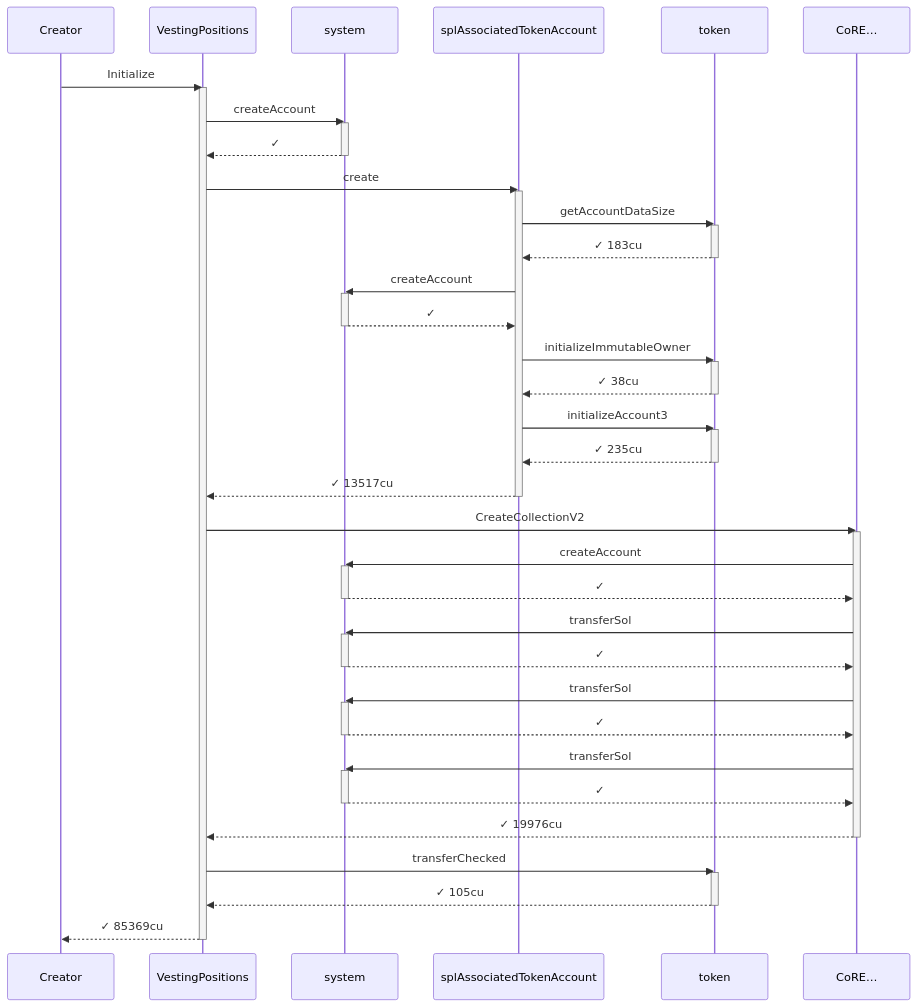
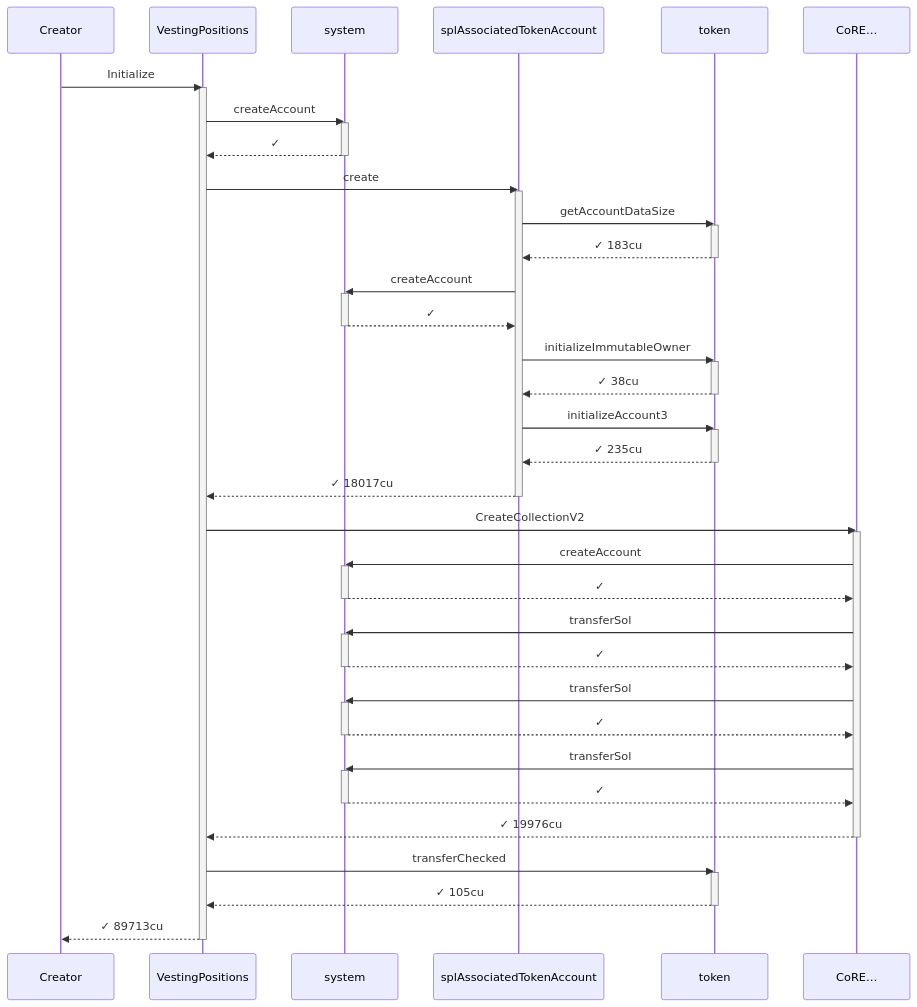
One commit to cds-turbin3/vesting-position changed the first of 2 diagrams in babelfish-tests/test-report/compute_units_profile.md. Above: the diagram before and after it, drawn with Mermaid. The commit also changed other lines of this file and 106 other files, not shown here.

````diff
--- a/babelfish-tests/test-report/compute_units_profile.md
+++ b/babelfish-tests/test-report/compute_units_profile.md
@@ -16,61 +16,61 @@
 ```mermaid
 sequenceDiagram
     participant p0 as Creator
     participant p1 as VestingPositions
     participant p2 as system
     participant p3 as splAssociatedTokenAccount
     participant p4 as token
     participant p5 as CoRE…
     p0->>p1: Initialize
     activate p1
     p1->>p2: createAccount
     activate p2
     p2-->>p1: ✓
     deactivate p2
     p1->>p3: create
     activate p3
     p3->>p4: getAccountDataSize
     activate p4
     p4-->>p3: ✓ 183cu
     deactivate p4
     p3->>p2: createAccount
     activate p2
     p2-->>p3: ✓
     deactivate p2
     p3->>p4: initializeImmutableOwner
     activate p4
     p4-->>p3: ✓ 38cu
     deactivate p4
     p3->>p4: initializeAccount3
     activate p4
     p4-->>p3: ✓ 235cu
     deactivate p4
-    p3-->>p1: ✓ 13517cu
+    p3-->>p1: ✓ 18017cu
     deactivate p3
     p1->>p5: CreateCollectionV2
     activate p5
     p5->>p2: createAccount
     activate p2
     p2-->>p5: ✓
     deactivate p2
     p5->>p2: transferSol
     activate p2
     p2-->>p5: ✓
     deactivate p2
     p5->>p2: transferSol
     activate p2
     p2-->>p5: ✓
     deactivate p2
     p5->>p2: transferSol
     activate p2
     p2-->>p5: ✓
     deactivate p2
     p5-->>p1: ✓ 19976cu
     deactivate p5
     p1->>p4: transferChecked
     activate p4
     p4-->>p1: ✓ 105cu
     deactivate p4
-    p1-->>p0: ✓ 85369cu
+    p1-->>p0: ✓ 89713cu
     deactivate p1
 ```
````
